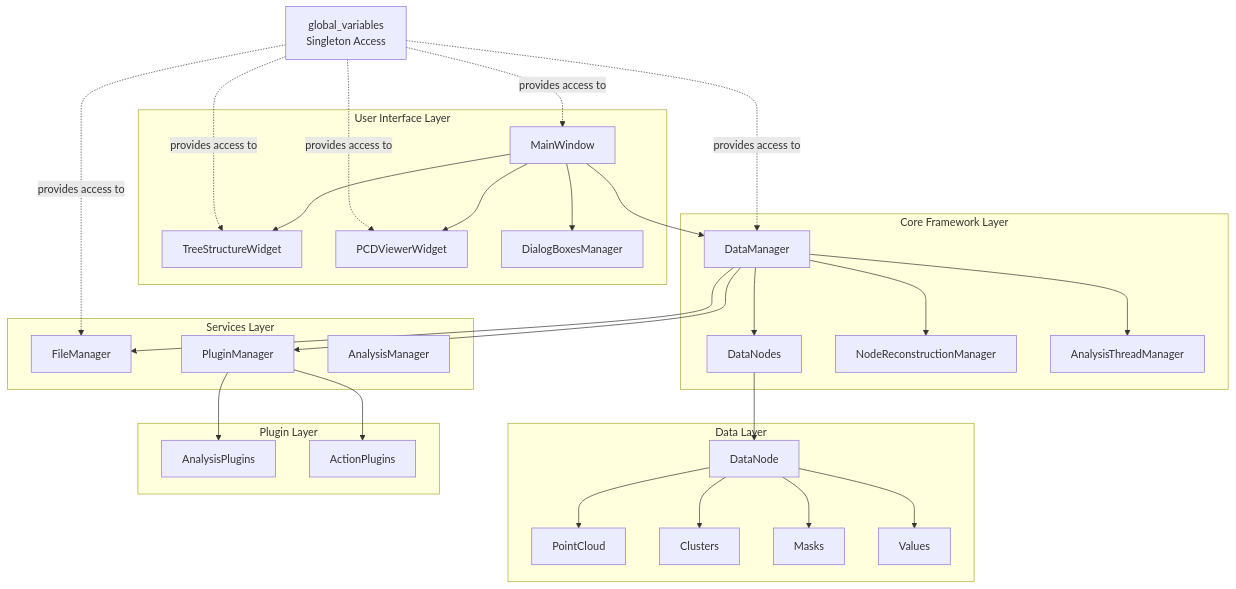
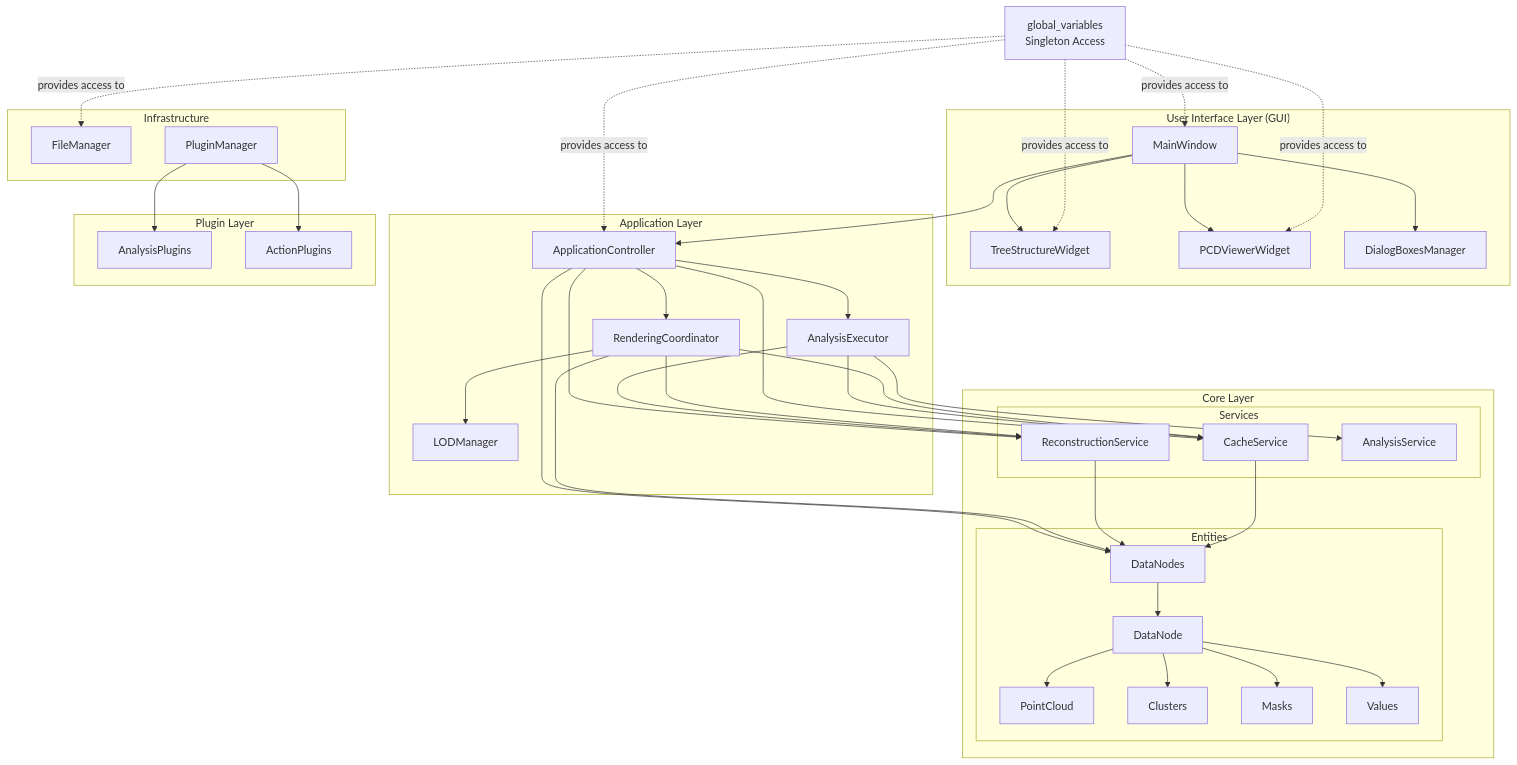
One commit to Sepehr-Sobhani-AU/SPCToolkit changed the first of 8 diagrams in ARCHITECTURE.md. Above: the diagram before and after it, drawn with Mermaid. The commit also changed other lines of this file and 1 other file, not shown here.

First line of the commit message:
Update CLAUDE.md and ARCHITECTURE.md for new architecture

````diff
--- a/ARCHITECTURE.md
+++ b/ARCHITECTURE.md
@@ -26,63 +26,82 @@
 ```mermaid
 flowchart TB
-    subgraph UI["User Interface Layer"]
+    subgraph UI["User Interface Layer (GUI)"]
         MW[MainWindow]
         TW[TreeStructureWidget]
         PV[PCDViewerWidget]
         DB[DialogBoxesManager]
     end
 
-    subgraph Core["Core Framework Layer"]
-        DM[DataManager]
-        DN[DataNodes]
-        NRM[NodeReconstructionManager]
-        ATM[AnalysisThreadManager]
+    subgraph App["Application Layer"]
+        AC[ApplicationController]
+        AE[AnalysisExecutor]
+        RC[RenderingCoordinator]
+        LM[LODManager]
     end
 
-    subgraph Services["Services Layer"]
+    subgraph Core["Core Layer"]
+        subgraph Entities
+            DN[DataNodes]
+            Node[DataNode]
+            PC[PointCloud]
+            Clusters
+            Masks
+            Values
+        end
+        subgraph CoreServices["Services"]
+            RS[ReconstructionService]
+            CS[CacheService]
+            AS[AnalysisService]
+        end
+    end
+
+    subgraph Infra["Infrastructure"]
         FM[FileManager]
         PM[PluginManager]
-        AM[AnalysisManager]
-    end
-
-    subgraph Data["Data Layer"]
-        PC[PointCloud]
-        Node[DataNode]
-        Clusters
-        Masks
-        Values
     end
 
     subgraph Plugins["Plugin Layer"]
         AP[AnalysisPlugins]
         ActP[ActionPlugins]
     end
 
     GV[global_variables\nSingleton Access]
 
+    MW --> AC
     MW --> TW
     MW --> PV
     MW --> DB
-    MW --> DM
 
-    DM --> DN
-    DM --> NRM
-    DM --> ATM
-    DM --> FM
-    DM --> PM
+    AC --> AE
+    AC --> RC
+    AC --> DN
+    AC --> RS
+    AC --> CS
+
+    AE --> RS
+    AE --> CS
+    AE --> AS
+
+    RC --> DN
+    RC --> RS
+    RC --> CS
+    RC --> LM
+
+    RS --> DN
+    CS --> DN
 
     DN --> Node
     Node --> PC
     Node --> Clusters
     Node --> Masks
     Node --> Values
 
     PM --> AP
     PM --> ActP
 
-    GV -.->|provides access to| DM
+    GV -.->|provides access to| AC
     GV -.->|provides access to| TW
     GV -.->|provides access to| PV
     GV -.->|provides access to| FM
     GV -.->|provides access to| MW
 ```
````
